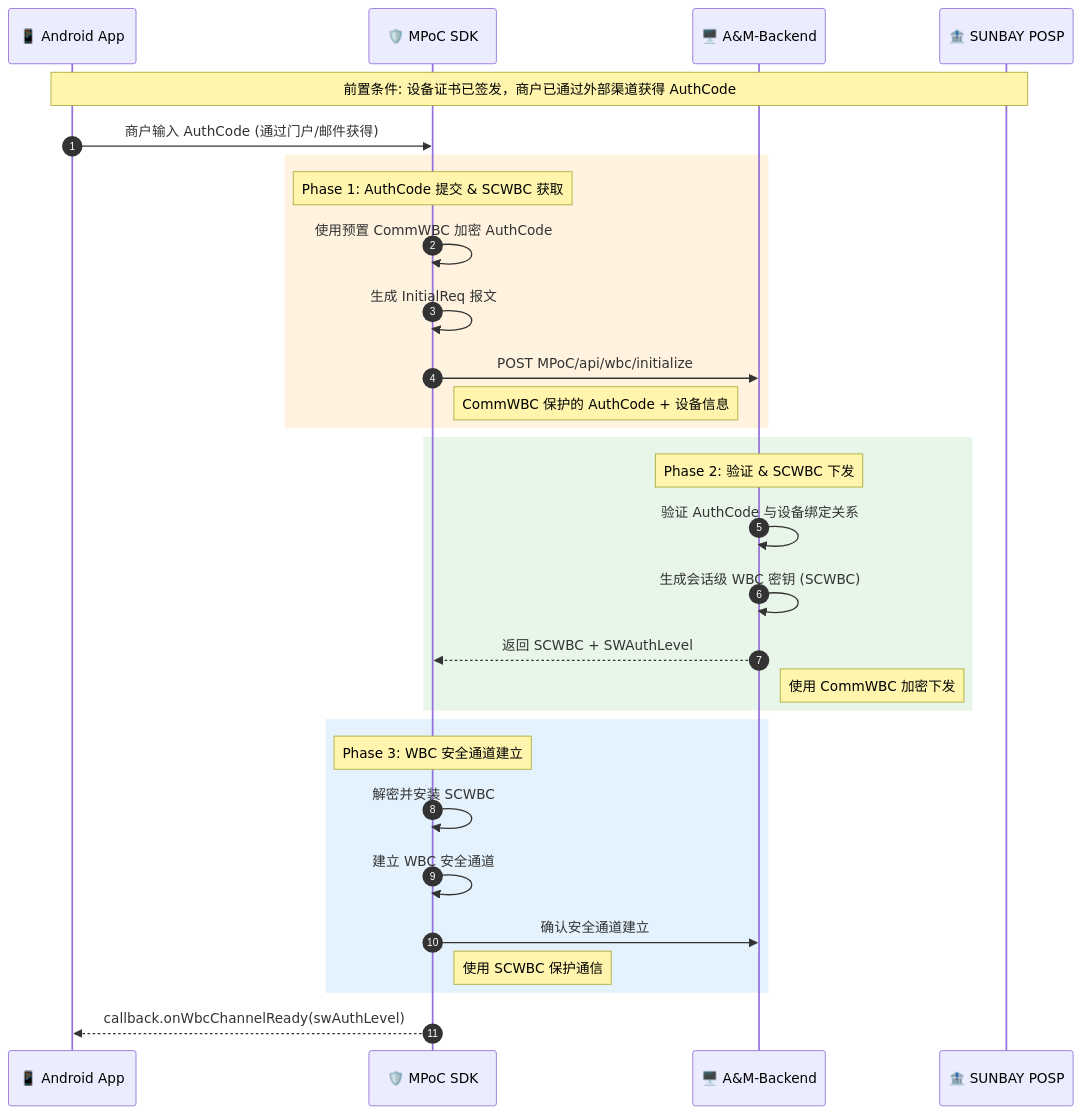
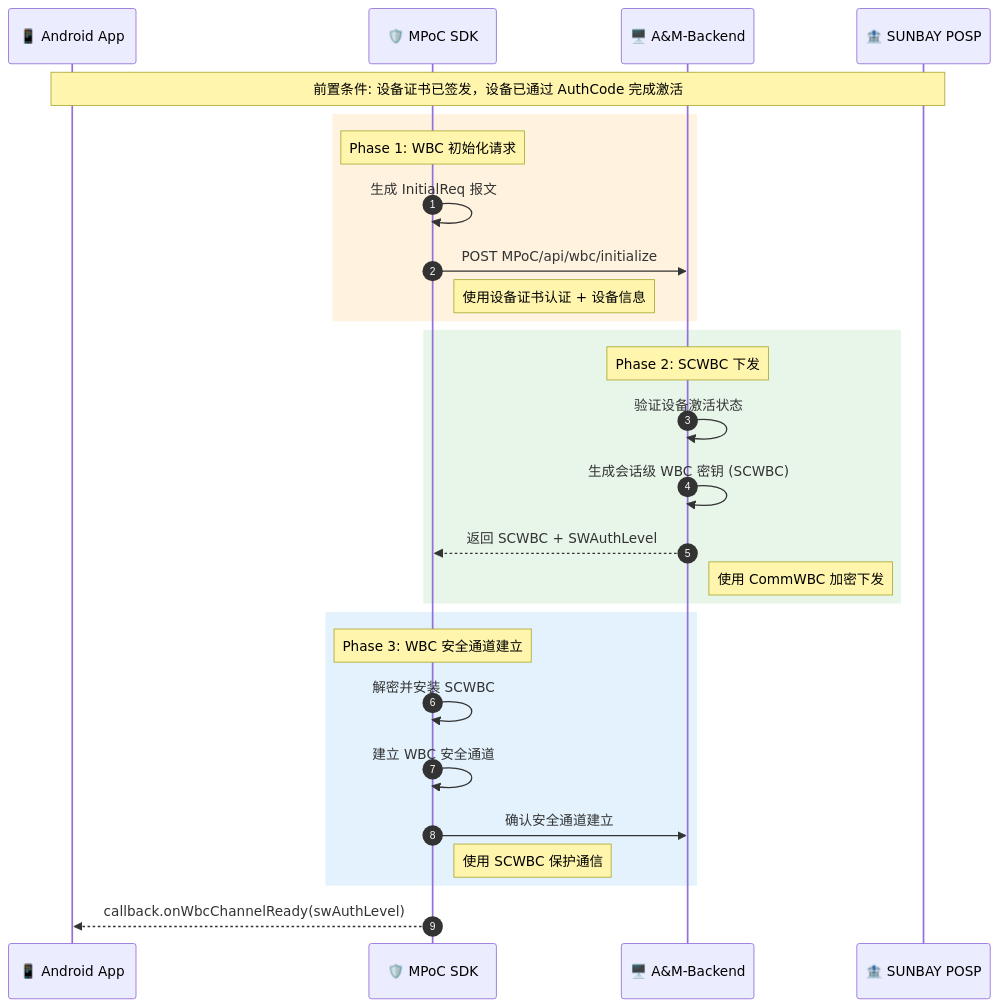
Diagram 11 of 22 in solution/MPOC_SDK_API_GUIDE.md (kevinwangl/sunbay-softpos-docs), drawn with Mermaid before and after one commit. The commit also changed other lines of this file, not shown here.

````diff
--- a/solution/MPOC_SDK_API_GUIDE.md
+++ b/solution/MPOC_SDK_API_GUIDE.md
@@ -883,38 +940,35 @@
 ```mermaid
 sequenceDiagram
     autonumber
     participant App as 📱 Android App
     participant SDK as 🛡️ MPoC SDK
     participant Backend as 🖥️ A&M-Backend
     participant PSP as 🏦 SUNBAY POSP
 
-    Note over App,PSP: 前置条件: 设备证书已签发，商户已通过外部渠道获得 AuthCode
-    
-    App->>SDK: 商户输入 AuthCode (通过门户/邮件获得)
+    Note over App,PSP: 前置条件: 设备证书已签发，设备已通过 AuthCode 完成激活
     
     rect rgb(255, 243, 224)
-        Note over SDK: Phase 1: AuthCode 提交 & SCWBC 获取
-        SDK->>SDK: 使用预置 CommWBC 加密 AuthCode
+        Note over SDK: Phase 1: WBC 初始化请求
         SDK->>SDK: 生成 InitialReq 报文
         SDK->>Backend: POST MPoC/api/wbc/initialize
-        Note right of SDK: CommWBC 保护的 AuthCode + 设备信息
+        Note right of SDK: 使用设备证书认证 + 设备信息
     end
     
     rect rgb(232, 245, 233)
-        Note over Backend: Phase 2: 验证 & SCWBC 下发
-        Backend->>Backend: 验证 AuthCode 与设备绑定关系
+        Note over Backend: Phase 2: SCWBC 下发
+        Backend->>Backend: 验证设备激活状态
         Backend->>Backend: 生成会话级 WBC 密钥 (SCWBC)
         Backend-->>SDK: 返回 SCWBC + SWAuthLevel
         Note right of Backend: 使用 CommWBC 加密下发
     end
     
     rect rgb(227, 242, 253)
         Note over SDK: Phase 3: WBC 安全通道建立
         SDK->>SDK: 解密并安装 SCWBC
         SDK->>SDK: 建立 WBC 安全通道
         SDK->>Backend: 确认安全通道建立
         Note right of SDK: 使用 SCWBC 保护通信
     end
     
     SDK-->>App: callback.onWbcChannelReady(swAuthLevel)
 ```
````
